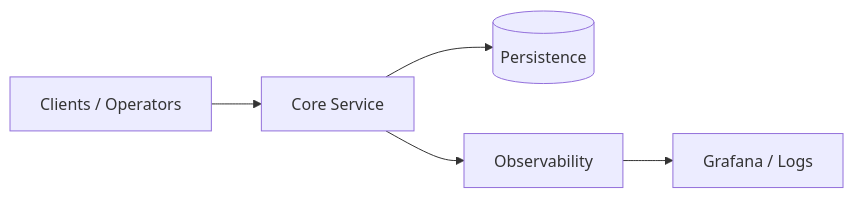
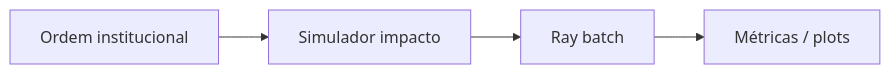
Before and after one commit to SrSatriano/dark-pool-market-impact-simulator: the diagram in docs/ARCHITECTURE.md, drawn with Mermaid. The commit also changed other lines of this file and 7 other files, not shown here.

````diff
--- a/docs/ARCHITECTURE.md
+++ b/docs/ARCHITECTURE.md
@@ -7,7 +13,6 @@
 ```mermaid
 flowchart LR
-  Client[Clients / Operators] --> API[Core Service]
-  API --> Store[(Persistence)]
-  API --> Metrics[Observability]
-  Metrics --> Dashboard[Grafana / Logs]
+  ORD[Ordem institucional] --> SIM[Simulador impacto]
+  SIM --> RAY[Ray batch]
+  RAY --> PLOT[Métricas / plots]
 ```
````
